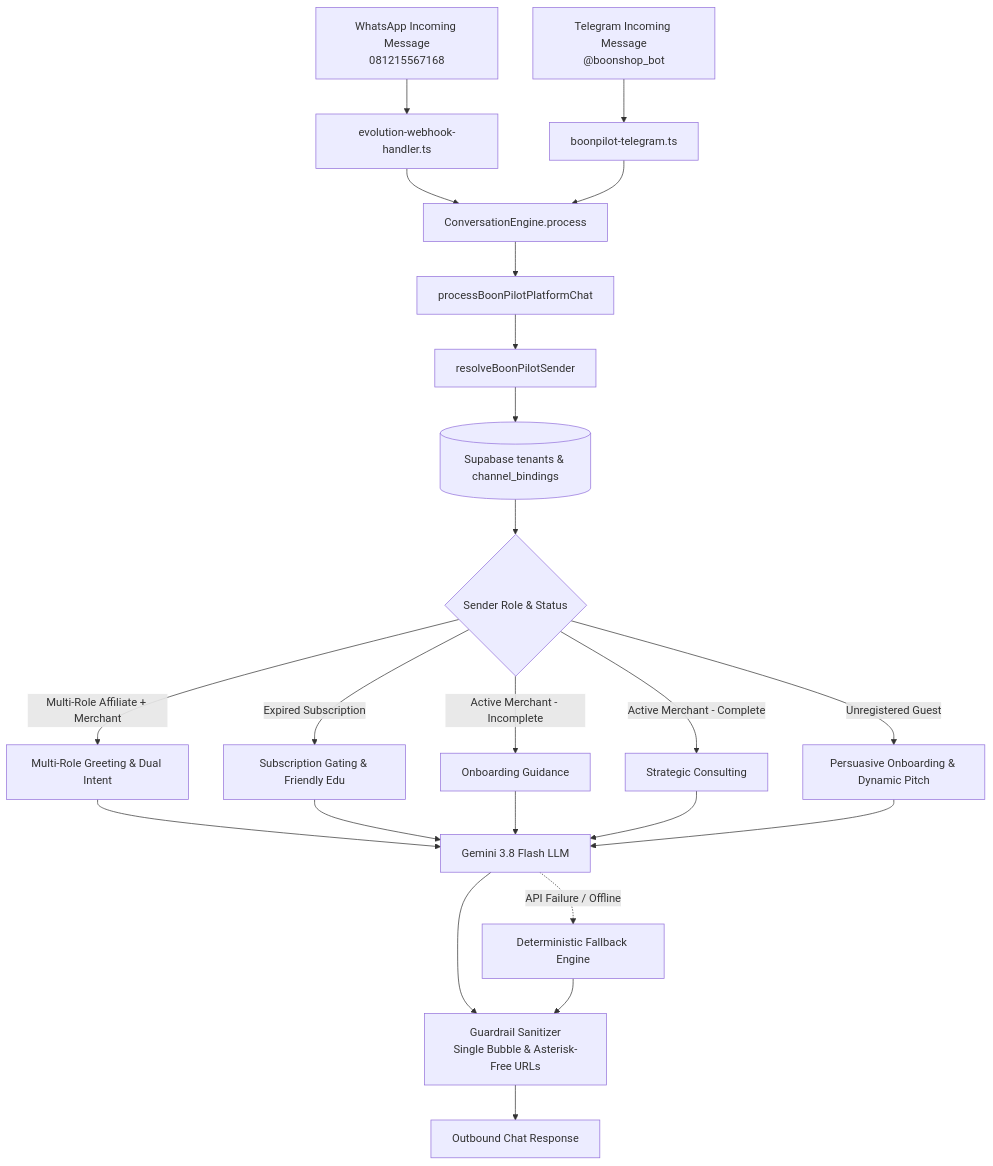
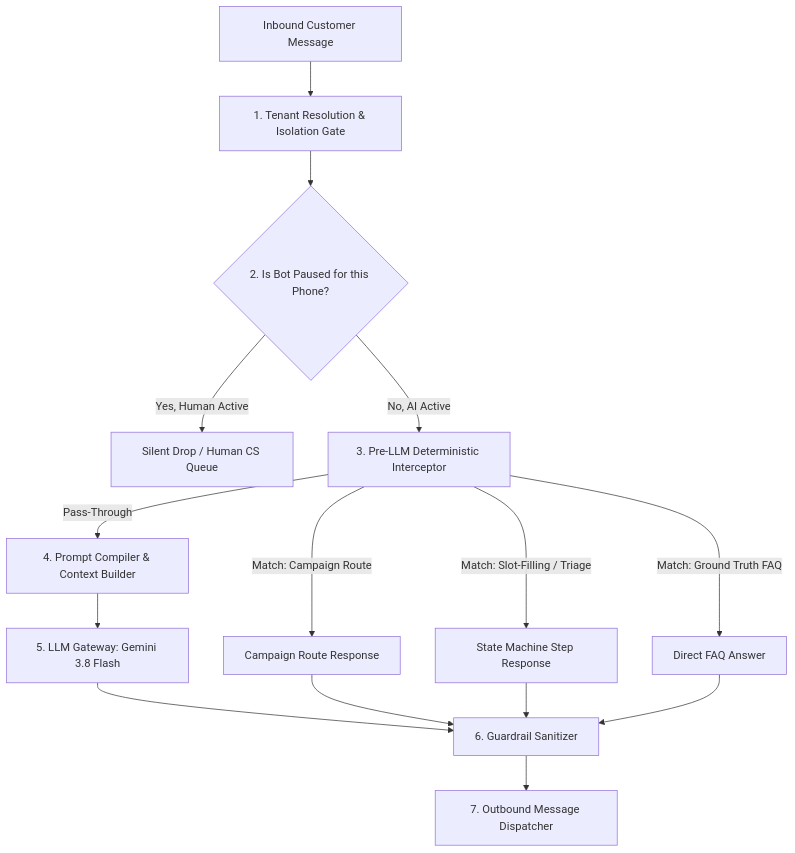
The third of 4 diagrams in docs/architecture.md (B055OB/boontrack-inbox), drawn with Mermaid before and after one commit. The commit also changed other lines of this file and 10 other files, not shown here.

Commit message:
feat(arch): enforce tenant bot config schema, isolate docs, and eliminate hardcoded clinic metadata

````diff
--- a/docs/architecture.md
+++ b/docs/architecture.md
@@ -16,31 +141,20 @@
 ```mermaid
 flowchart TD
-    WA[WhatsApp Incoming Message<br/>081215567168] --> WA_WH[evolution-webhook-handler.ts]
-    TELE[Telegram Incoming Message<br/>@boonshop_bot] --> TELE_WH[boonpilot-telegram.ts]
+    MSG[Inbound Customer Message] --> AUTH[1. Tenant Resolution & Isolation Gate]
+    AUTH --> CHK_PAUSE{2. Is Bot Paused for this Phone?}
+    CHK_PAUSE -->|Yes, Human Active| DROP[Silent Drop / Human CS Queue]
+    CHK_PAUSE -->|No, AI Active| INTERCEPT[3. Pre-LLM Deterministic Interceptor]
 
-    WA_WH --> CE[ConversationEngine.process]
-    TELE_WH --> CE
+    INTERCEPT -->|Match: Campaign Route| RES_CAMPAIGN[Campaign Route Response]
+    INTERCEPT -->|Match: Slot-Filling / Triage| RES_TRIAGE[State Machine Step Response]
+    INTERCEPT -->|Match: Ground Truth FAQ| RES_FAQ[Direct FAQ Answer]
+    INTERCEPT -->|Pass-Through| PROMPT[4. Prompt Compiler & Context Builder]
 
-    CE --> BP_CORE[processBoonPilotPlatformChat]
-    BP_CORE --> RES[resolveBoonPilotSender]
+    PROMPT --> LLM[5. LLM Gateway: Gemini 3.8 Flash]
+    LLM --> SANITIZE[6. Guardrail Sanitizer]
+    RES_CAMPAIGN --> SANITIZE
+    RES_TRIAGE --> SANITIZE
+    RES_FAQ --> SANITIZE
 
-    RES --> DB[(Supabase tenants & channel_bindings)]
-    DB --> ROLES{Sender Role & Status}
-
-    ROLES -->|Multi-Role Affiliate + Merchant| ROLE_MULTI[Multi-Role Greeting & Dual Intent]
-    ROLES -->|Expired Subscription| ROLE_EXP[Subscription Gating & Friendly Edu]
-    ROLES -->|Active Merchant - Incomplete| ROLE_MERCH_INC[Onboarding Guidance]
-    ROLES -->|Active Merchant - Complete| ROLE_MERCH_READY[Strategic Consulting]
-    ROLES -->|Unregistered Guest| ROLE_GUEST[Persuasive Onboarding & Dynamic Pitch]
-
-    ROLE_MULTI --> LLM[Gemini 3.8 Flash LLM]
-    ROLE_EXP --> LLM
-    ROLE_MERCH_INC --> LLM
-    ROLE_MERCH_READY --> LLM
-    ROLE_GUEST --> LLM
-
-    LLM --> SANITIZE[Guardrail Sanitizer<br/>Single Bubble & Asterisk-Free URLs]
-    LLM -.->|API Failure / Offline| FALLBACK[Deterministic Fallback Engine]
-    FALLBACK --> SANITIZE
-    SANITIZE --> OUT[Outbound Chat Response]
+    SANITIZE --> OUT[7. Outbound Message Dispatcher]
 ```
````
